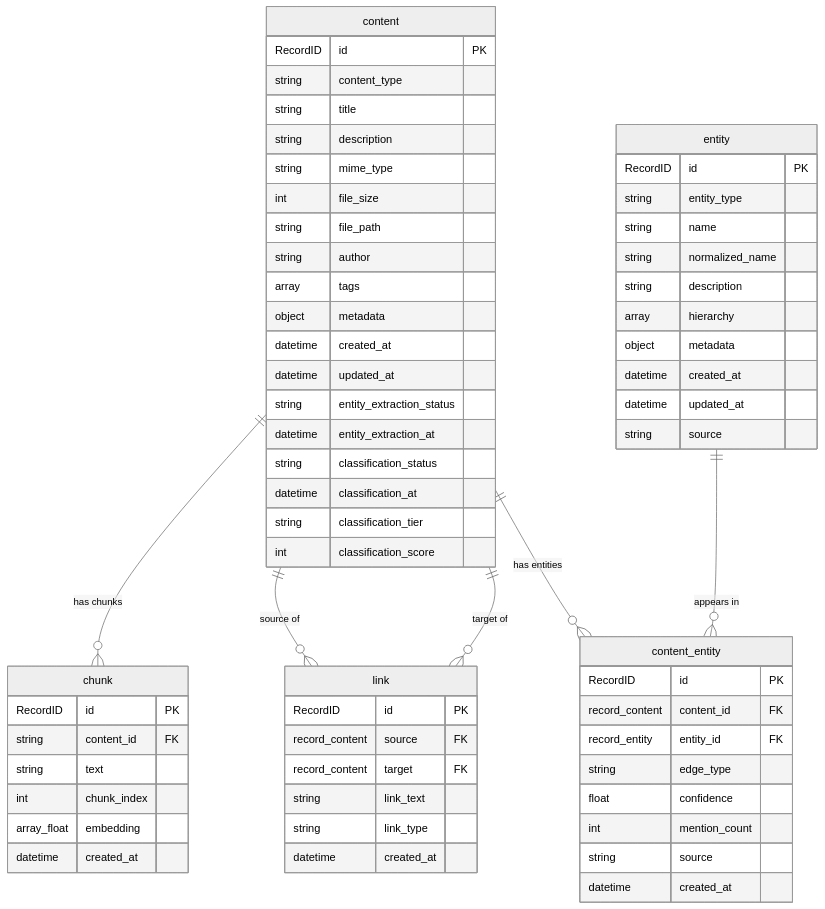
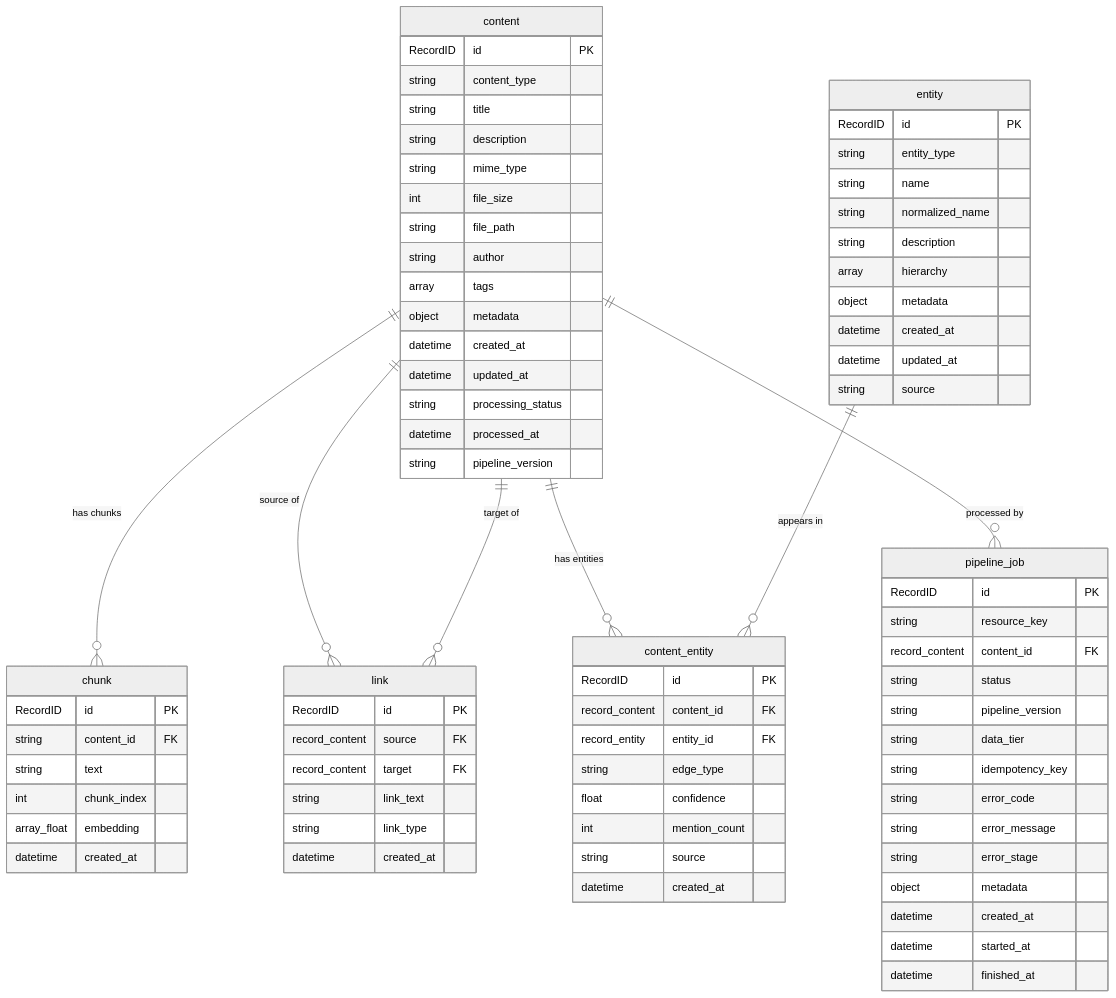
One commit to ilude/menos changed the first of 8 diagrams in docs/schema.md. Above: the diagram before and after it, drawn with Mermaid (neutral theme). The commit also changed other lines of this file and 46 other files, not shown here.

````diff
--- a/docs/schema.md
+++ b/docs/schema.md
@@ -21,12 +21,26 @@
         object metadata
         datetime created_at
         datetime updated_at
-        string entity_extraction_status
-        datetime entity_extraction_at
-        string classification_status
-        datetime classification_at
-        string classification_tier
-        int classification_score
+        string processing_status
+        datetime processed_at
+        string pipeline_version
+    }
+
+    pipeline_job {
+        RecordID id PK
+        string resource_key
+        record_content content_id FK
+        string status
+        string pipeline_version
+        string data_tier
+        string idempotency_key
+        string error_code
+        string error_message
+        string error_stage
+        object metadata
+        datetime created_at
+        datetime started_at
+        datetime finished_at
     }
 
     chunk {
@@ -75,5 +89,6 @@
     content ||--o{ link : "source of"
     content ||--o{ link : "target of"
     content ||--o{ content_entity : "has entities"
+    content ||--o{ pipeline_job : "processed by"
     entity ||--o{ content_entity : "appears in"
 ```
````
